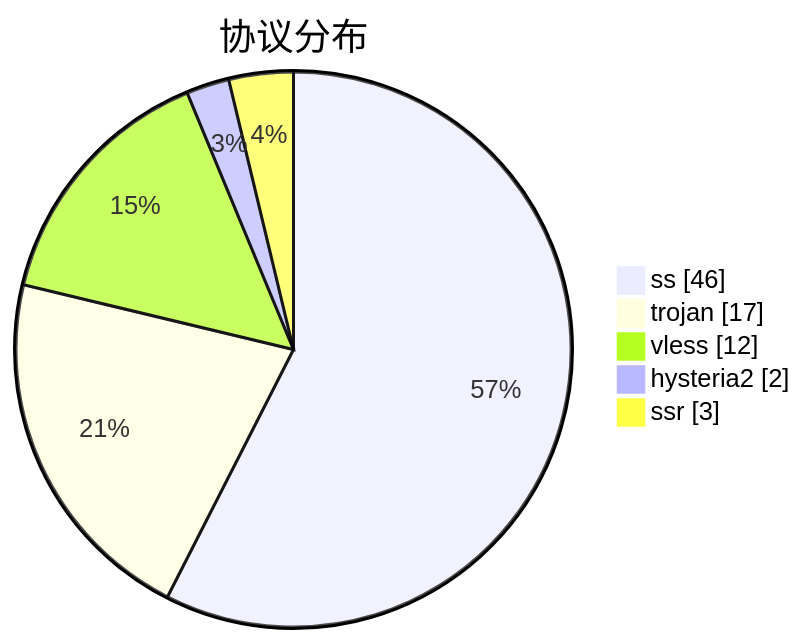
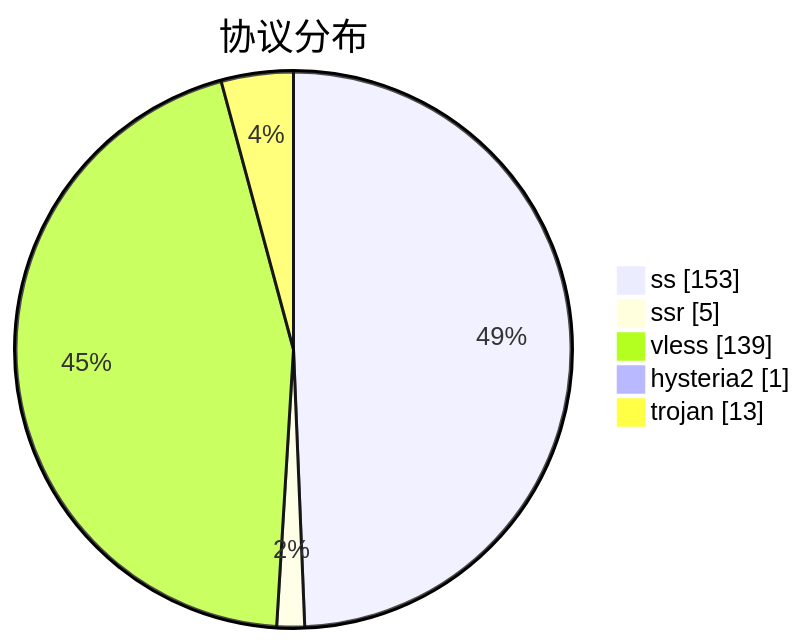
Before and after one commit to qjlxg/airport: the third of 3 diagrams in subs/statistics/tested_within.md, drawn with Mermaid. The commit also changed other lines of this file and 2 other files, not shown here.

````diff
--- a/subs/statistics/tested_within.md
+++ b/subs/statistics/tested_within.md
@@ -28,9 +38,9 @@
 ```mermaid
 pie showData
 title 协议分布
-"ss" : 46
-"trojan" : 17
-"vless" : 12
-"hysteria2" : 2
-"ssr" : 3
+"ss" : 153
+"ssr" : 5
+"vless" : 139
+"hysteria2" : 1
+"trojan" : 13
 ```
````
